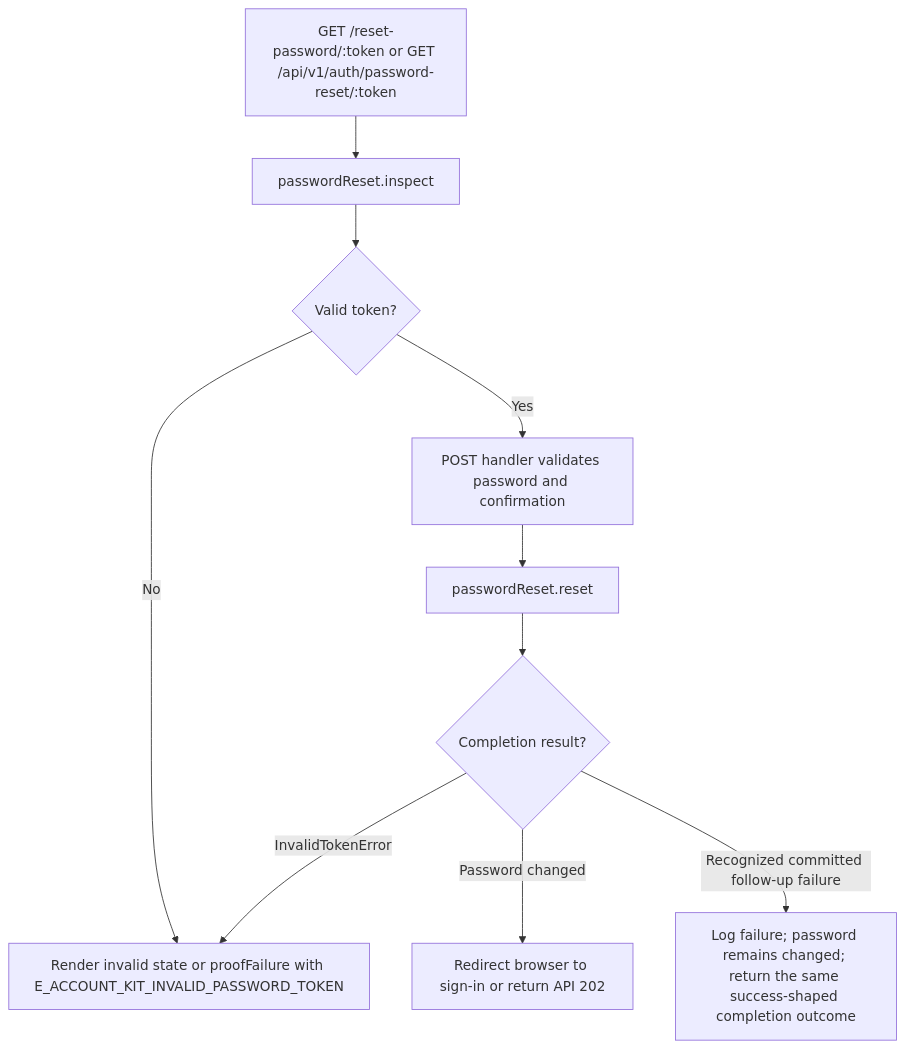
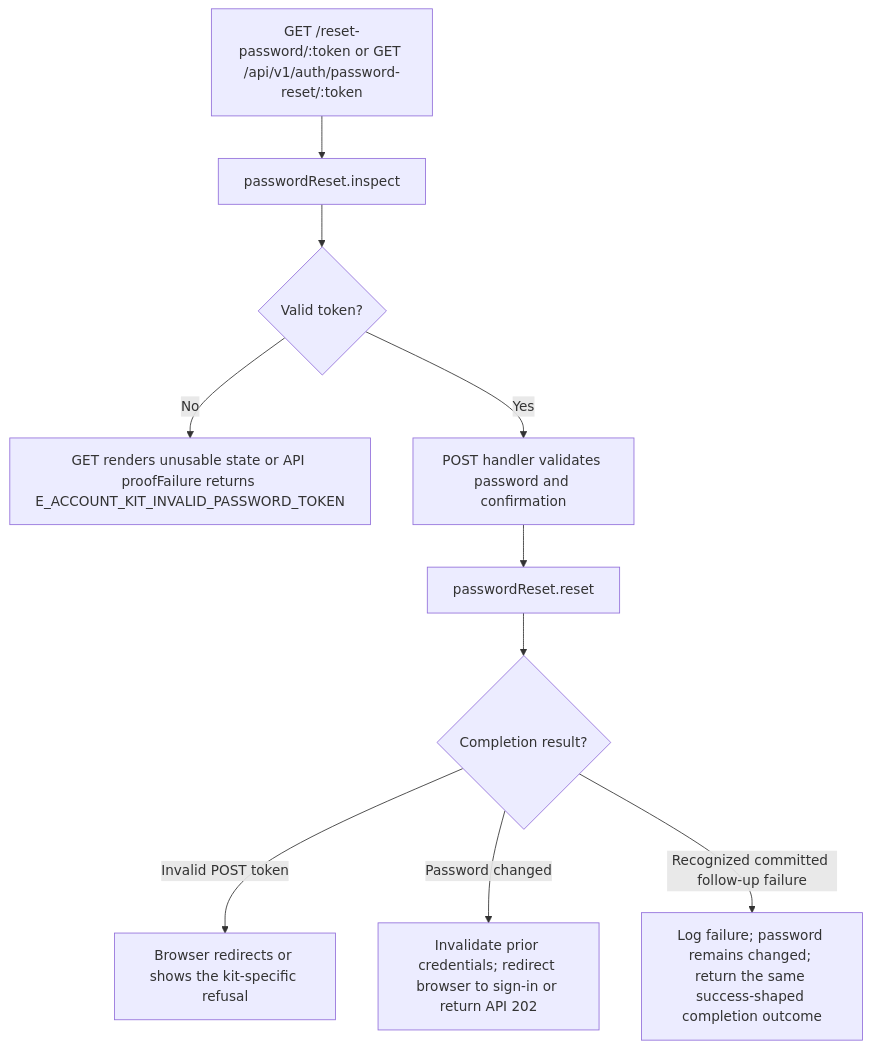
One commit to Kevinjohn/oss-adonisjs-starter-examples changed the second of 2 diagrams in user-stories/accounts/us-account-09-complete-password-reset.md. Above: the diagram before and after it, drawn with Mermaid. The commit also changed other lines of this file and 29 other files, not shown here.

````diff
--- a/user-stories/accounts/us-account-09-complete-password-reset.md
+++ b/user-stories/accounts/us-account-09-complete-password-reset.md
@@ -44,12 +46,12 @@
 ```mermaid
 flowchart TD
     A["GET /reset-password/:token or GET /api/v1/auth/password-reset/:token"] --> B["passwordReset.inspect"]
     B --> C{"Valid token?"}
-    C -->|No| D["Render invalid state or proofFailure with E_ACCOUNT_KIT_INVALID_PASSWORD_TOKEN"]
+    C -->|No| D["GET renders unusable state or API proofFailure returns E_ACCOUNT_KIT_INVALID_PASSWORD_TOKEN"]
     C -->|Yes| E["POST handler validates password and confirmation"]
     E --> F["passwordReset.reset"]
     F --> G{"Completion result?"}
-    G -->|InvalidTokenError| D
-    G -->|Password changed| H["Redirect browser to sign-in or return API 202"]
+    G -->|Invalid POST token| J["Browser redirects or shows the kit-specific refusal"]
+    G -->|Password changed| H["Invalidate prior credentials; redirect browser to sign-in or return API 202"]
     G -->|Recognized committed follow-up failure| I["Log failure; password remains changed; return the same success-shaped completion outcome"]
 ```
````
